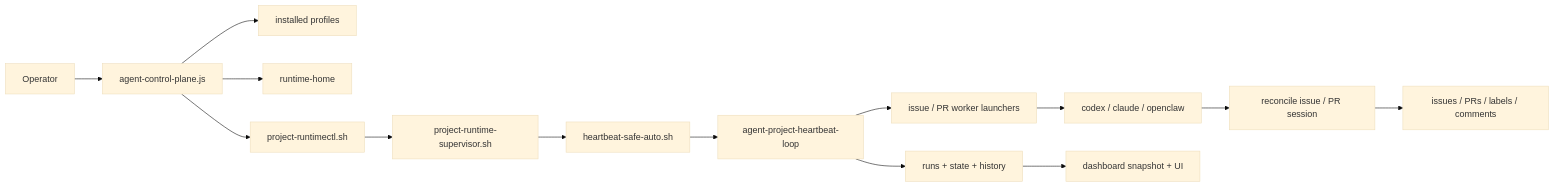
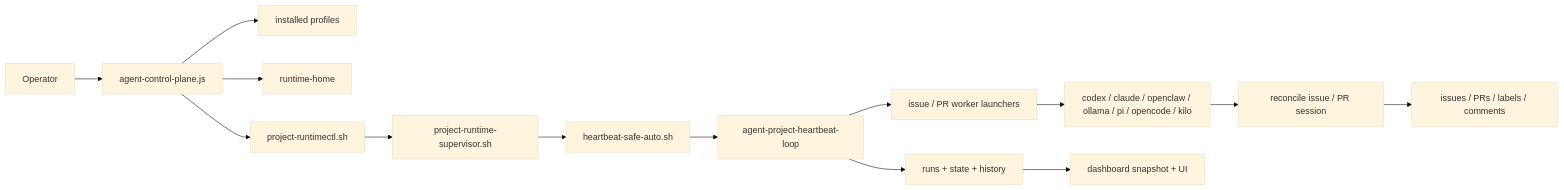
The first of 2 diagrams in README.md (ducminhnguyen0319/agent-control-plane), drawn with Mermaid (base theme) before and after one commit. The commit also changed other lines of this file and 39 other files, not shown here.

````diff
--- a/README.md
+++ b/README.md
@@ -202,16 +202,16 @@
 ```mermaid
 flowchart LR
   User[Operator] --> CLI["agent-control-plane.js"]
   CLI --> Profiles["installed profiles"]
   CLI --> RuntimeHome["runtime-home"]
   CLI --> RuntimeCtl["project-runtimectl.sh"]
   RuntimeCtl --> Supervisor["project-runtime-supervisor.sh"]
   Supervisor --> Heartbeat["heartbeat-safe-auto.sh"]
   Heartbeat --> Scheduler["agent-project-heartbeat-loop"]
   Scheduler --> Workers["issue / PR worker launchers"]
-  Workers --> Backends["codex / claude / openclaw"]
+  Workers --> Backends["codex / claude / openclaw / ollama / pi / opencode / kilo"]
   Backends --> Reconcile["reconcile issue / PR session"]
   Reconcile --> GitHub["issues / PRs / labels / comments"]
   Scheduler --> State["runs + state + history"]
   State --> Dashboard["dashboard snapshot + UI"]
 ```
````
